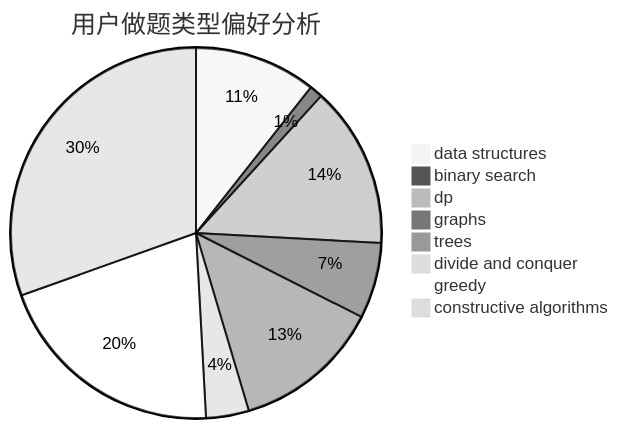
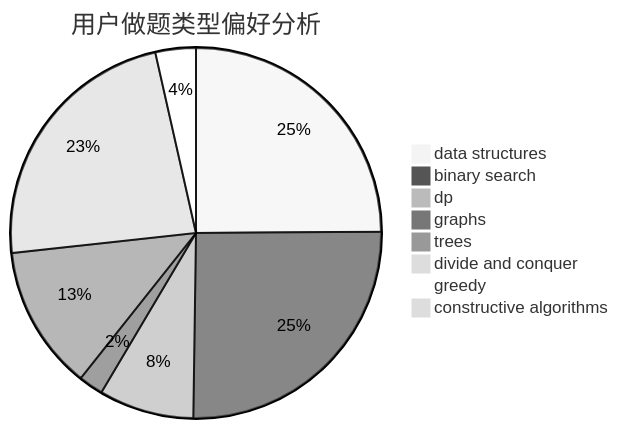
Before and after one commit to sherpahu/cfrs.github.io: the second of 3 diagrams in docs/user/u2338.md, drawn with Mermaid (neutral theme). The commit also changed other lines of this file and 2770 other files, not shown here.

````diff
--- a/docs/user/u2338.md
+++ b/docs/user/u2338.md
@@ -23,11 +23,11 @@
 ```mermaid
 pie title 用户做题类型偏好分析
-    "data structures" :  37
-    "binary search" :  4
-    "dp" :  49
-    "graphs" :  23
-    "trees" :  45
-    "divide and conquer" :  13
-    "greedy" :  71
-    "constructive algorithms" :  106
+    "data structures" :  162
+    "binary search" :  165
+    "dp" :  54
+    "graphs" :  14
+    "trees" :  82
+    "divide and conquer" :  151
+    "greedy" :  23
+    "constructive algorithms" :  1
 ```
````
